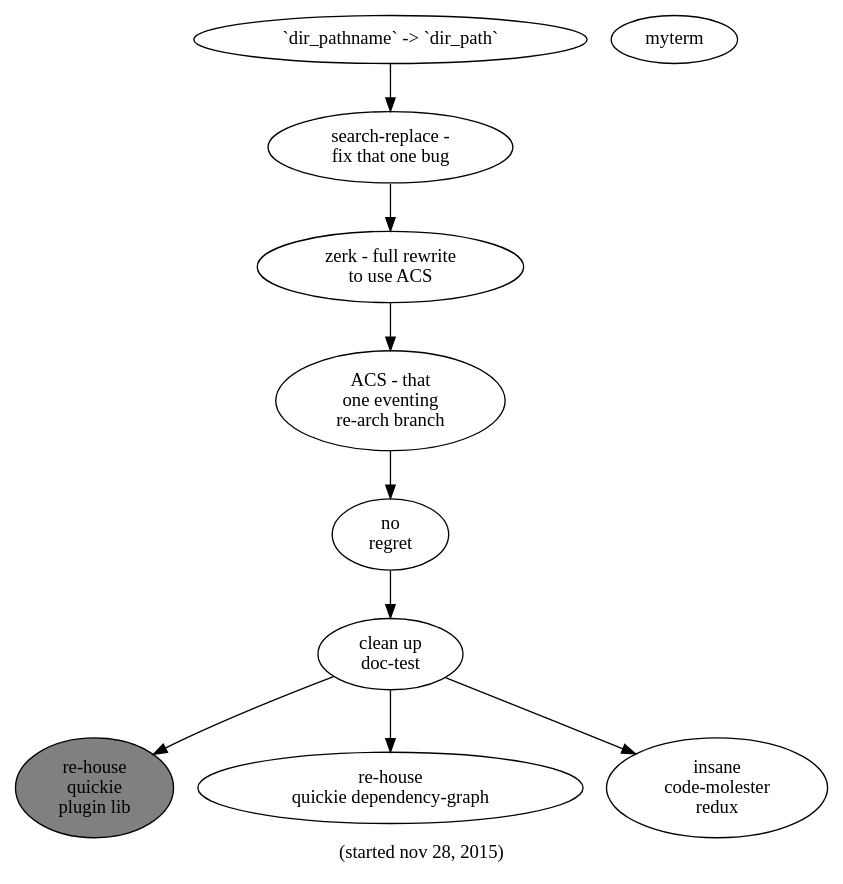
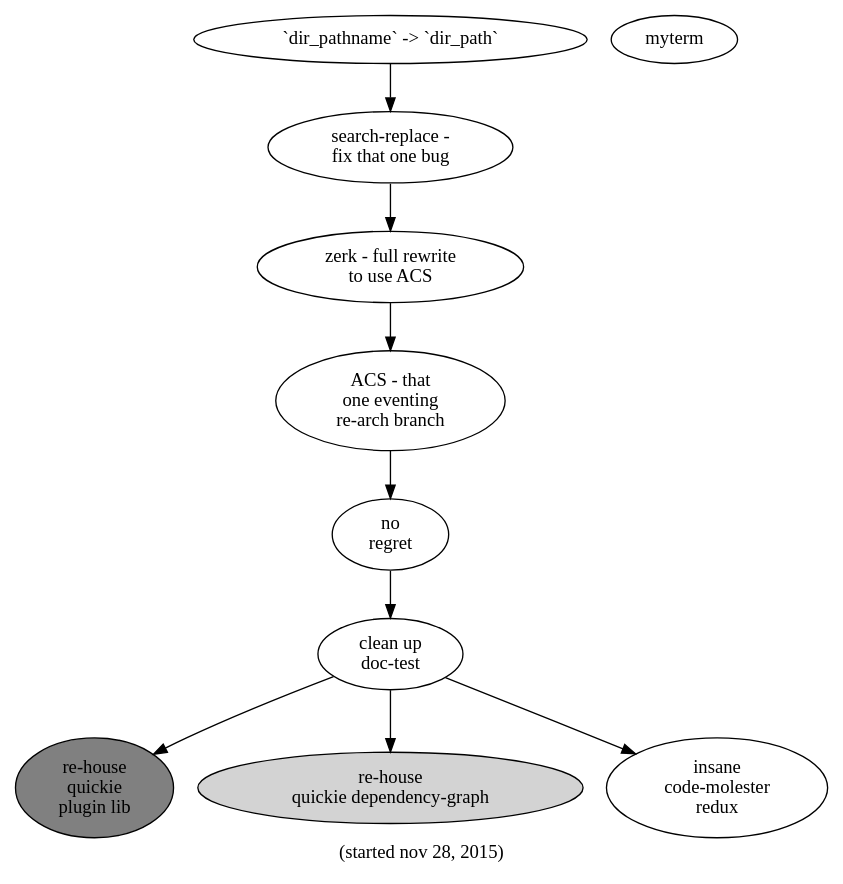
Before and after one commit to hipe/tmx: the diagram in slicer/doc/the-big-pictures-of-now/04-no-regret.dot, drawn with Graphviz. The commit also changed 32 other files, not shown here.

First line of the commit message:
([ta]<=[ts] 2/2: re-house “eventpoint graph” .. (.. 2746))

```diff
--- a/slicer/doc/the-big-pictures-of-now/04-no-regret.dot
+++ b/slicer/doc/the-big-pictures-of-now/04-no-regret.dot
@@ -1,27 +1,27 @@
 digraph g {
 
   /* color for active thing: #b5d5fb */
 
   label="(started nov 28, 2015)"
 
   clean_up_doctest -> re_house_xx
   re_house_xx [label="re-house\nquickie\nplugin lib" fillcolor="gray" style="filled"]
   clean_up_doctest [label="clean up\ndoc-test" ]
   clean_up_doctest -> re_house_yy
-  re_house_yy [label="re-house\nquickie dependency-graph"]
+  re_house_yy [label="re-house\nquickie dependency-graph" style="filled"]
   clean_up_doctest->insane_CM_redux
   insane_CM_redux [label="insane\ncode-molester\nredux"]
 
   no_regret -> clean_up_doctest
 
   myterm
   dpn->sea
   dpn [label="`dir_pathname` -> `dir_path`"]
   sea [label="search-replace -\nfix that one bug"]
   sea->zerk
   zerk [label="zerk - full rewrite\nto use ACS"]
   zerk->acs
   acs [label="ACS - that\none eventing\nre-arch branch"]
   acs->no_regret
   no_regret [label="no\nregret"]
 }
```
